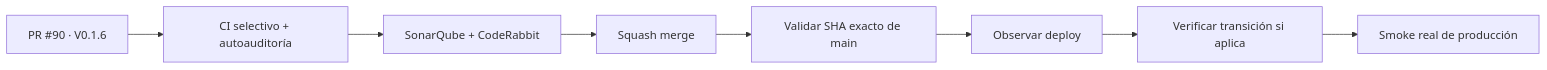
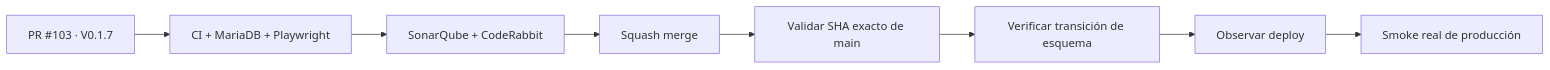
The diagram in README.md (pl0n3r/Condor), drawn with Mermaid before and after one commit. The commit also changed other lines of this file and 23 other files, not shown here.

````diff
--- a/README.md
+++ b/README.md
@@ -64,10 +75,10 @@
 ```mermaid
 flowchart LR
-    A[PR #90 · V0.1.6] --> B[CI selectivo + autoauditoría]
+    A[PR #103 · V0.1.7] --> B[CI + MariaDB + Playwright]
     B --> C[SonarQube + CodeRabbit]
     C --> D[Squash merge]
     D --> E[Validar SHA exacto de main]
-    E --> F[Observar deploy]
-    F --> G[Verificar transición si aplica]
+    E --> F[Verificar transición de esquema]
+    F --> G[Observar deploy]
     G --> H[Smoke real de producción]
 ```
````
